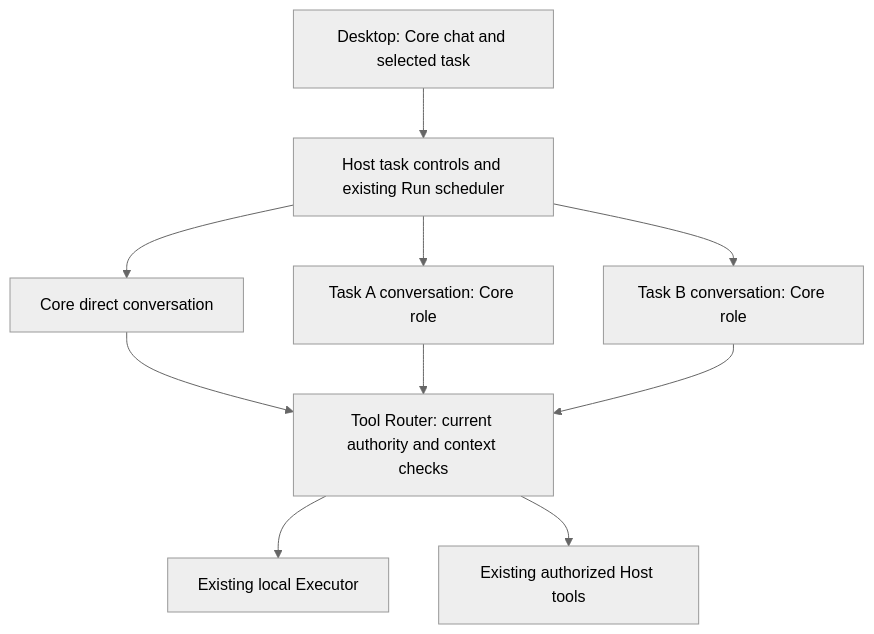
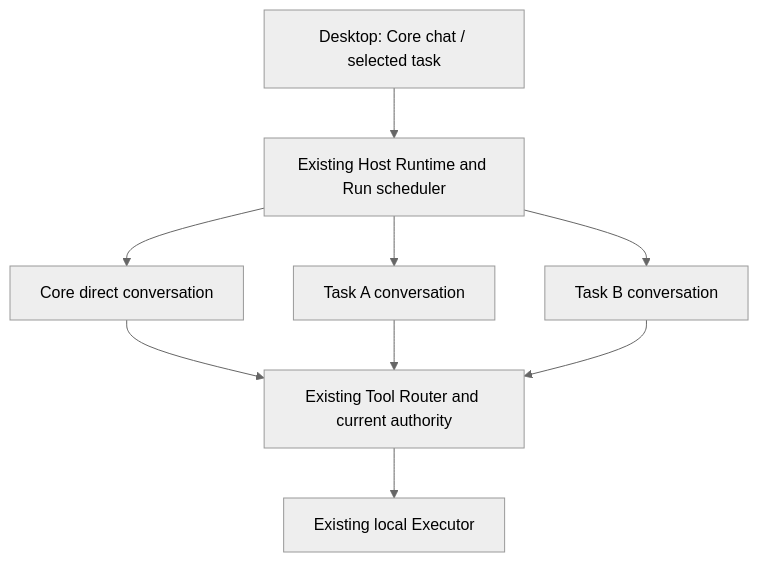
Before and after one commit to VesperZephyr/OpenBot: the diagram in docs/tasks/d11-local-task-continuity.md, drawn with Mermaid (neutral theme). The commit also changed other lines of this file and 4 other files, not shown here.

````diff
--- a/docs/tasks/d11-local-task-continuity.md
+++ b/docs/tasks/d11-local-task-continuity.md
@@ -22,10 +15,9 @@
 ```mermaid
 flowchart TD
-    UI["Desktop: Core chat and selected task"] --> H["Host task controls and existing Run scheduler"]
+    UI["Desktop: Core chat / selected task"] --> H["Existing Host Runtime and Run scheduler"]
     H --> C["Core direct conversation"]
-    H --> A["Task A conversation: Core role"]
-    H --> B["Task B conversation: Core role"]
-    C & A & B --> R["Tool Router: current authority and context checks"]
+    H --> A["Task A conversation"]
+    H --> B["Task B conversation"]
+    C & A & B --> R["Existing Tool Router and current authority"]
     R --> X["Existing local Executor"]
-    R --> F["Existing authorized Host tools"]
 ```
````
